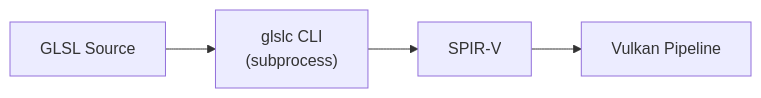
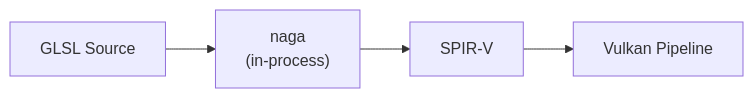
The third of 9 diagrams in docs/design/rendering/render-pipeline.md (harmonius-dev/harmonius), drawn with Mermaid before and after one commit. The commit also changed other lines of this file and 68 other files, not shown here.

First line of the commit message:
chore: update shader compilation process to use naga

````diff
--- a/docs/design/rendering/render-pipeline.md
+++ b/docs/design/rendering/render-pipeline.md
@@ -196,6 +196,7 @@
 ```mermaid
 flowchart LR
-    GLSL["GLSL Source"] --> glslc["glslc CLI\n(subprocess)"]
-    glslc --> SPIRV["SPIR-V"]
+    GLSL["GLSL Source"] --> naga["naga
+(in-process)"]
+    naga --> SPIRV["SPIR-V"]
     SPIRV --> VKP["Vulkan Pipeline"]
 ```
````
